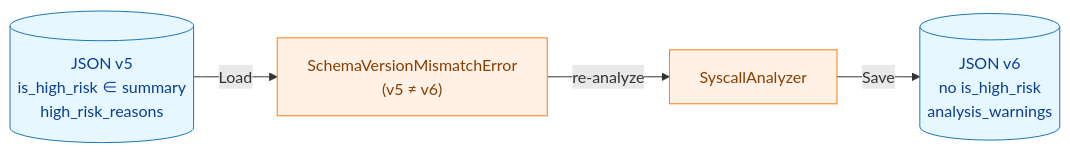
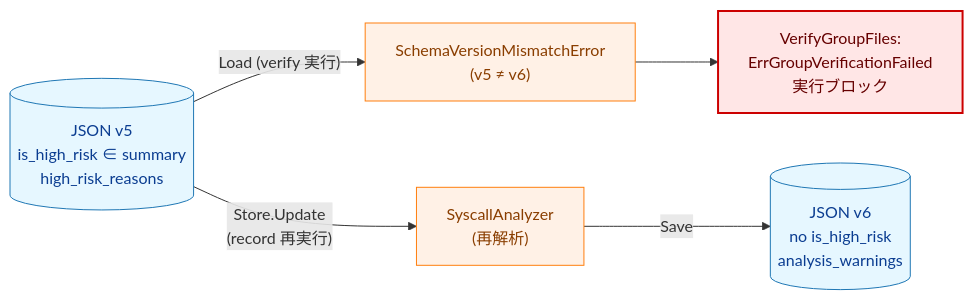
The eighth of 8 diagrams in docs/tasks/0080_remove_is_high_risk/02_architecture.md (isseis/go-safe-cmd-runner), drawn with Mermaid before and after one commit. The commit also changed other lines of this file, not shown here.

Commit message:
docs(0080): fix schema migration flow — no automatic re-analysis on load
The previous description implied that SchemaVersionMismatchError
triggers automatic re-analysis at load time, which is incorrect.

Actual behavior:
- verify path: Store.Load returns SchemaVersionMismatchError →
  VerifyGroupFiles returns ErrGroupVerificationFailed (execution blocked)
- migration path: re-run `record` → Store.Update treats old schema
  as fresh and overwrites with v6

Update the §6.3 flowchart to show both paths separately and rewrite
the operational-impact note to clarify that re-analysis is not
automatic and requires re-running the record command.

````diff
--- a/docs/tasks/0080_remove_is_high_risk/02_architecture.md
+++ b/docs/tasks/0080_remove_is_high_risk/02_architecture.md
@@ -315,13 +315,19 @@
 ```mermaid
 flowchart LR
     classDef data fill:#e6f7ff,stroke:#1f77b4,stroke-width:1px,color:#0b3d91;
     classDef process fill:#fff1e6,stroke:#ff7f0e,stroke-width:1px,color:#8a3e00;
     classDef enhanced fill:#e8f5e8,stroke:#2e8b57,stroke-width:2px,color:#006400;
+    classDef problem fill:#ffe6e6,stroke:#cc0000,stroke-width:2px,color:#660000;
 
-    A[("JSON v5<br>is_high_risk ∈ summary<br>high_risk_reasons")] -->|"Load"| B["SchemaVersionMismatchError<br>(v5 ≠ v6)"]
-    B -->|"re-analyze"| C["SyscallAnalyzer"]
+    A[("JSON v5<br>is_high_risk ∈ summary<br>high_risk_reasons")]
+
+    A -->|"Load (verify 実行)"| B["SchemaVersionMismatchError<br>(v5 ≠ v6)"]
+    B --> E["VerifyGroupFiles:<br>ErrGroupVerificationFailed<br>実行ブロック"]
+
+    A -->|"Store.Update<br>(record 再実行)"| C["SyscallAnalyzer<br>(再解析)"]
     C -->|"Save"| D[("JSON v6<br>no is_high_risk<br>analysis_warnings")]
 
     class A,D data;
     class B,C process;
+    class E problem;
 ```
````
